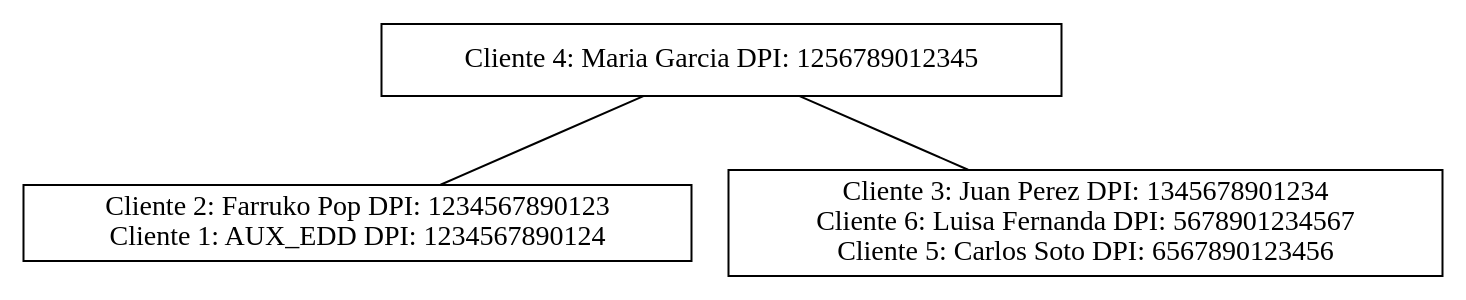
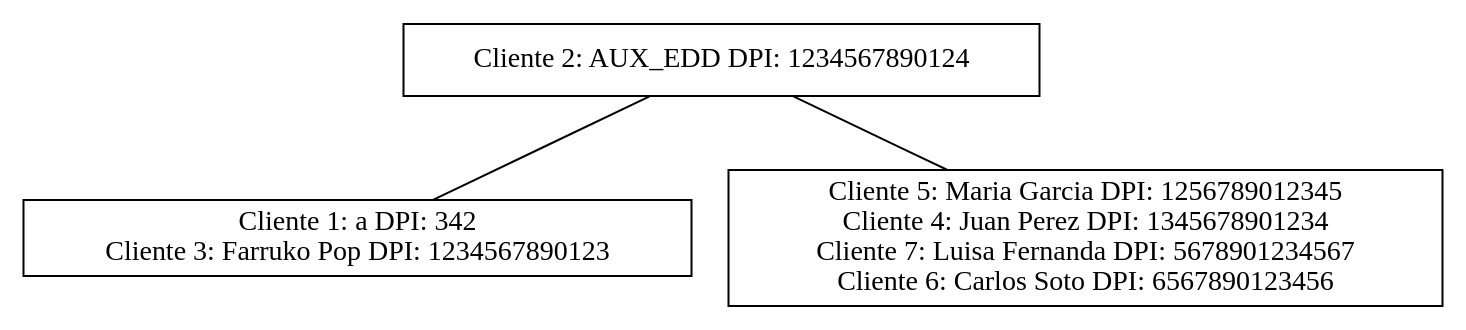
The diagram in dot/arbolClientes.dot (C-FernandoSazo/EDD_PROYECTOF2_202202906), drawn with Graphviz before and after one commit. The commit also changed 21 other files, not shown here.

```diff
--- a/dot/arbolClientes.dot
+++ b/dot/arbolClientes.dot
@@ -1,8 +1,8 @@
  graph clientes {
      node [shape=record];
-"Cliente4" [label="Cliente 4: Maria Garcia DPI: 1256789012345\n"]
-"Cliente4" -- "Cliente2"
-"Cliente2" [label="Cliente 2: Farruko Pop DPI: 1234567890123\nCliente 1: AUX_EDD DPI: 1234567890124\n"]
-"Cliente4" -- "Cliente3"
-"Cliente3" [label="Cliente 3: Juan Perez DPI: 1345678901234\nCliente 6: Luisa Fernanda DPI: 5678901234567\nCliente 5: Carlos Soto DPI: 6567890123456\n"]
+"Cliente2" [label="Cliente 2: AUX_EDD DPI: 1234567890124\n"]
+"Cliente2" -- "Cliente1"
+"Cliente1" [label="Cliente 1: a DPI: 342\nCliente 3: Farruko Pop DPI: 1234567890123\n"]
+"Cliente2" -- "Cliente5"
+"Cliente5" [label="Cliente 5: Maria Garcia DPI: 1256789012345\nCliente 4: Juan Perez DPI: 1345678901234\nCliente 7: Luisa Fernanda DPI: 5678901234567\nCliente 6: Carlos Soto DPI: 6567890123456\n"]
  }
```
